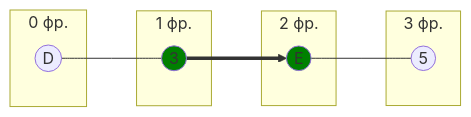
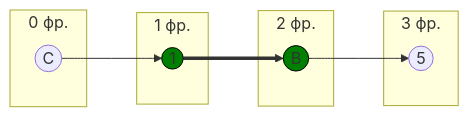
The fifth of 12 diagrams in Задание 8/task8.md (algos-ris-24-3/manual-tasks), drawn with Mermaid before and after one commit. The commit also changed other lines of this file, not shown here.

````diff
--- a/Задание 8/task8.md
+++ b/Задание 8/task8.md
@@ -276,20 +256,22 @@
 ```mermaid
 graph LR
-    subgraph " 0 фр."
-        D((D))
+    subgraph "0 фр."
+        C((C))
     end
-    subgraph " 1 фр."
-        3((3))
+    subgraph "1 фр."
+        1((1))
     end
-    subgraph " 2 фр."
-        E((E))
+    subgraph "2 фр."
+        B((B))
     end
-    subgraph " 3 фр."
+    subgraph "3 фр."
         5((5))
     end
 
-    D --- 3 ==> E --- 5
+    C --> 1
+    1 ==> B
+    B --> 5
 
-    style E fill:#008000
-    style 3 fill:#008000
+    style 1 fill:#008000,stroke:#000
+    style B fill:#008000,stroke:#000
 ```
````
